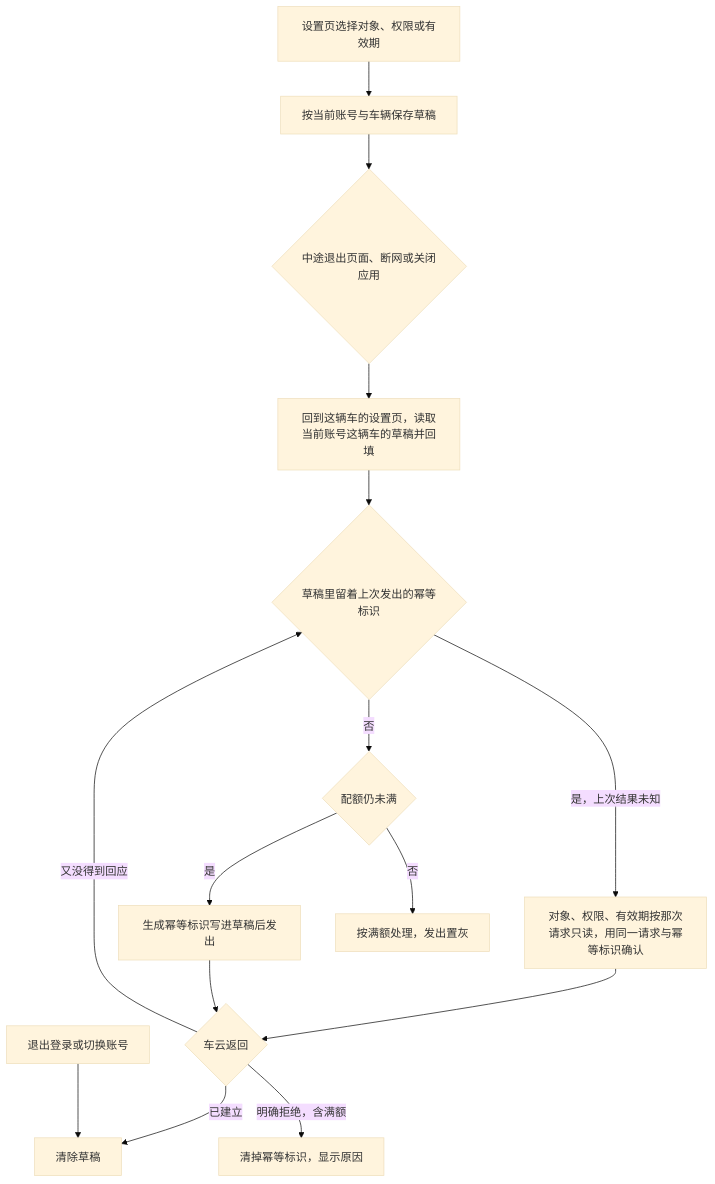
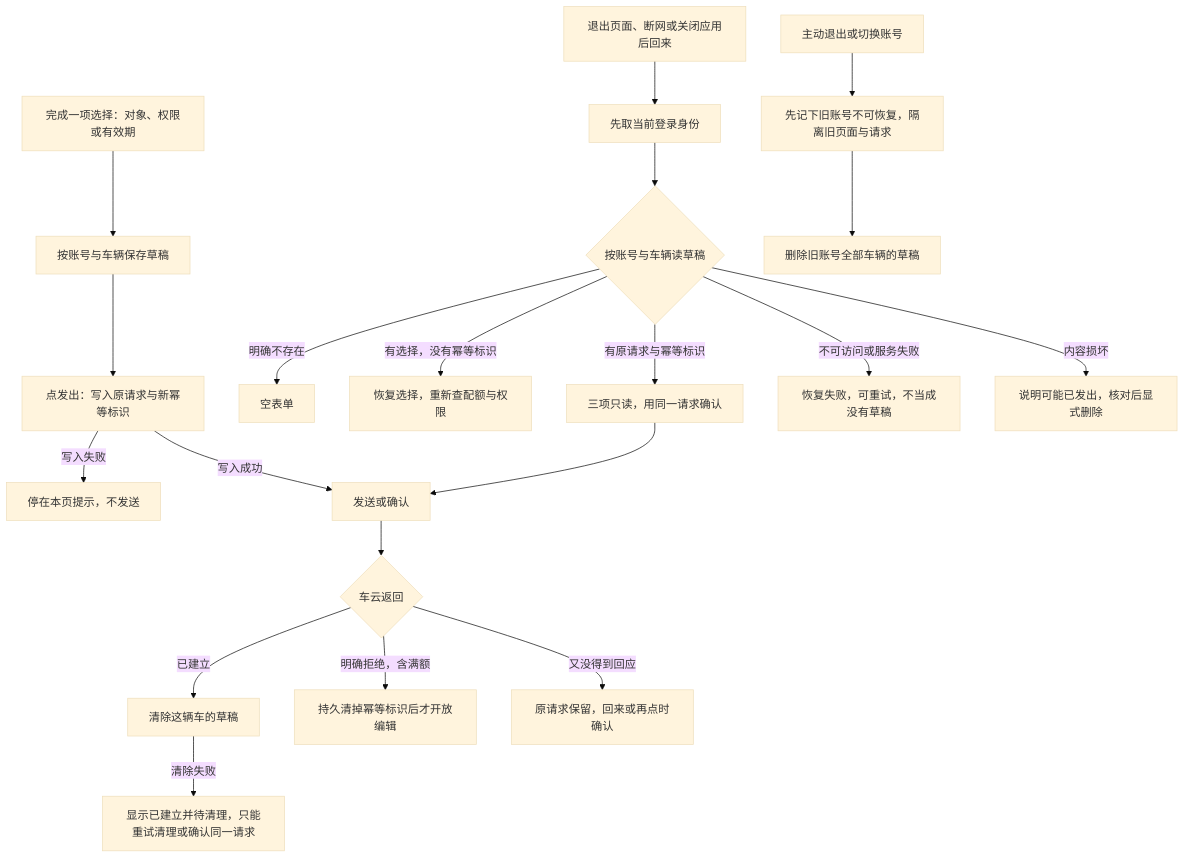
Before and after one commit to sqsqsq/SimulatedWalletForHmos: the third of 5 diagrams in doc/plan/1.9.9/金样候选/car-key-sharing/spec/spec.md, drawn with Mermaid (base theme). The commit also changed other lines of this file and 20 other files, not shown here.

````diff
--- a/doc/plan/1.9.9/金样候选/car-key-sharing/spec/spec.md
+++ b/doc/plan/1.9.9/金样候选/car-key-sharing/spec/spec.md
@@ -263,17 +291,22 @@
 ```mermaid
 flowchart TD
-    A[设置页选择对象、权限或有效期] --> S[按当前账号与车辆保存草稿]
-    S --> I{中途退出页面、断网或关闭应用}
-    I --> R[回到这辆车的设置页，读取当前账号这辆车的草稿并回填]
-    R --> U{草稿里留着上次发出的幂等标识}
-    U -->|是，上次结果未知| K[对象、权限、有效期按那次请求只读，用同一请求与幂等标识确认]
-    U -->|否| Q{配额仍未满}
-    Q -->|是| F[生成幂等标识写进草稿后发出]
-    Q -->|否| QF[按满额处理，发出置灰]
-    K --> D{车云返回}
-    F --> D
-    D -->|已建立| C[清除草稿]
-    D -->|明确拒绝，含满额| X[清掉幂等标识，显示原因]
-    D -->|又没得到回应| U
-    L[退出登录或切换账号] --> C
+    A[完成一项选择：对象、权限或有效期] --> S[按账号与车辆保存草稿]
+    S --> P[点发出：写入原请求与新幂等标识]
+    P -->|写入失败| PF[停在本页提示，不发送]
+    P -->|写入成功| SEND[发送或确认]
+    I[退出页面、断网或关闭应用后回来] --> ID[先取当前登录身份]
+    ID --> R{按账号与车辆读草稿}
+    R -->|明确不存在| NEW[空表单]
+    R -->|有选择，没有幂等标识| RS[恢复选择，重新查配额与权限]
+    R -->|有原请求与幂等标识| K[三项只读，用同一请求确认]
+    R -->|不可访问或服务失败| RF[恢复失败，可重试，不当成没有草稿]
+    R -->|内容损坏| BR[说明可能已发出，核对后显式删除]
+    K --> SEND
+    SEND --> D{车云返回}
+    D -->|已建立| C[清除这辆车的草稿]
+    C -->|清除失败| PC[显示已建立并待清理，只能重试清理或确认同一请求]
+    D -->|明确拒绝，含满额| X[持久清掉幂等标识后才开放编辑]
+    D -->|又没得到回应| KEEP[原请求保留，回来或再点时确认]
+    L[主动退出或切换账号] --> M[先记下旧账号不可恢复，隔离旧页面与请求]
+    M --> CL[删除旧账号全部车辆的草稿]
 ```
````
